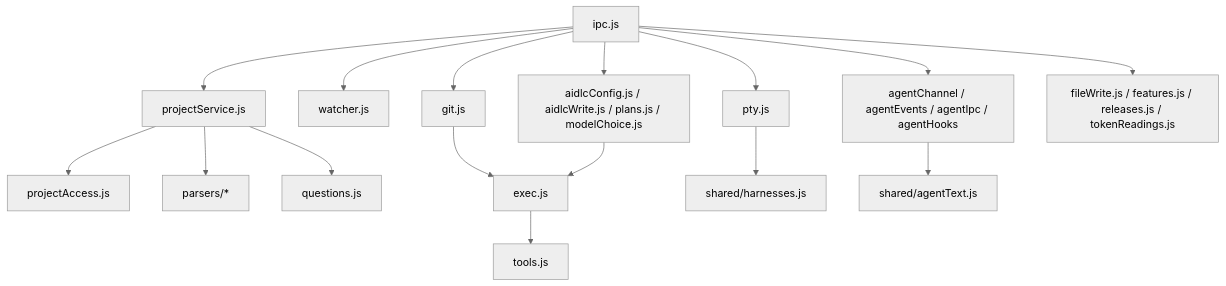
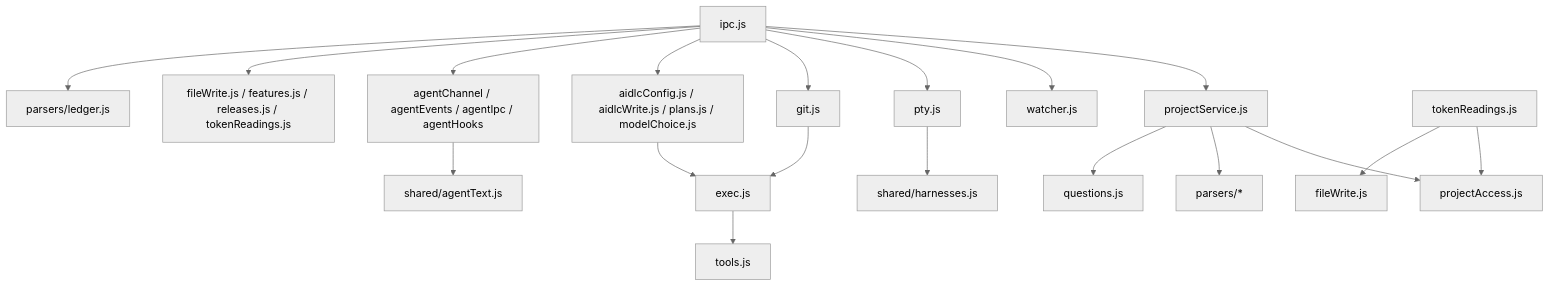
One commit to tochman/ai-dlc-thadeus changed the diagram in aidlc/spaces/default/codekb/aidlc-dash/dependencies.md. Above: the diagram before and after it, drawn with Mermaid (neutral theme). The commit also changed other lines of this file and 49 other files, not shown here.

````diff
--- a/aidlc/spaces/default/codekb/aidlc-dash/dependencies.md
+++ b/aidlc/spaces/default/codekb/aidlc-dash/dependencies.md
@@ -7,18 +7,21 @@
 ```mermaid
 flowchart TD
   IPC[ipc.js] --> PS[projectService.js]
   IPC --> W[watcher.js]
   IPC --> PTY[pty.js]
   IPC --> GIT[git.js]
   IPC --> CFG[aidlcConfig.js / aidlcWrite.js / plans.js / modelChoice.js]
   IPC --> AG[agentChannel / agentEvents / agentIpc / agentHooks]
   IPC --> FW[fileWrite.js / features.js / releases.js / tokenReadings.js]
+  IPC --> LP[parsers/ledger.js]
   PS --> PA[projectAccess.js]
   PS --> P[parsers/*]
   PS --> Q[questions.js]
+  TR[tokenReadings.js] --> PA
+  TR --> FWR[fileWrite.js]
   GIT --> EX[exec.js]
   CFG --> EX
   PTY --> H[shared/harnesses.js]
   EX --> T[tools.js]
   AG --> AT[shared/agentText.js]
 ```
````
